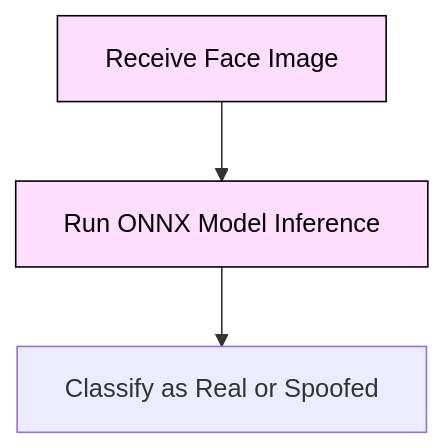
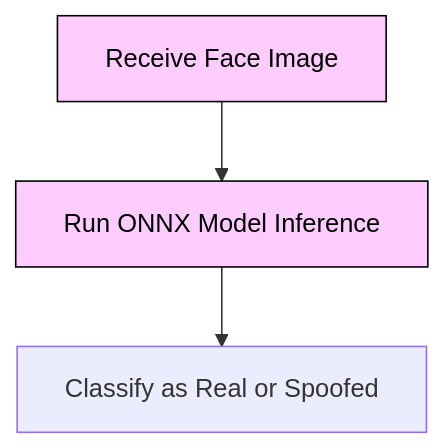
Before and after one commit to Tharun-selladurai/face_liveliness_web_platform: the fourth of 6 diagrams in README.md, drawn with Mermaid. The commit also changed other lines of this file, not shown here.

````diff
--- a/README.md
+++ b/README.md
@@ -124,9 +119,9 @@
 ```mermaid
 %%{init: {'theme': 'default', 'themeVariables': {'edgeLabelBackground':'#ffffff', 'tertiaryColor':'#ffffff'}}}%%
 graph TD;
     A[Receive Face Image] --> B[Run ONNX Model Inference]
     B --> C[Classify as Real or Spoofed]
     
-    classDef antiSpoof fill:#ffddff,stroke:#000000,color:#000000;
+    classDef antiSpoof fill:#ffccff,stroke:#000000,color:#000000;
     class A,B antiSpoof;
 ```
````
